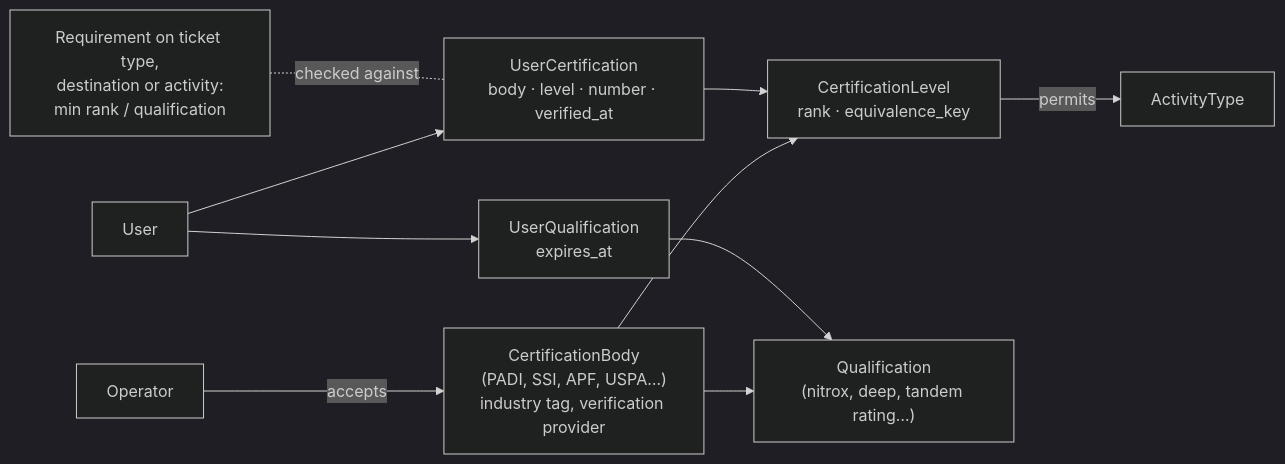
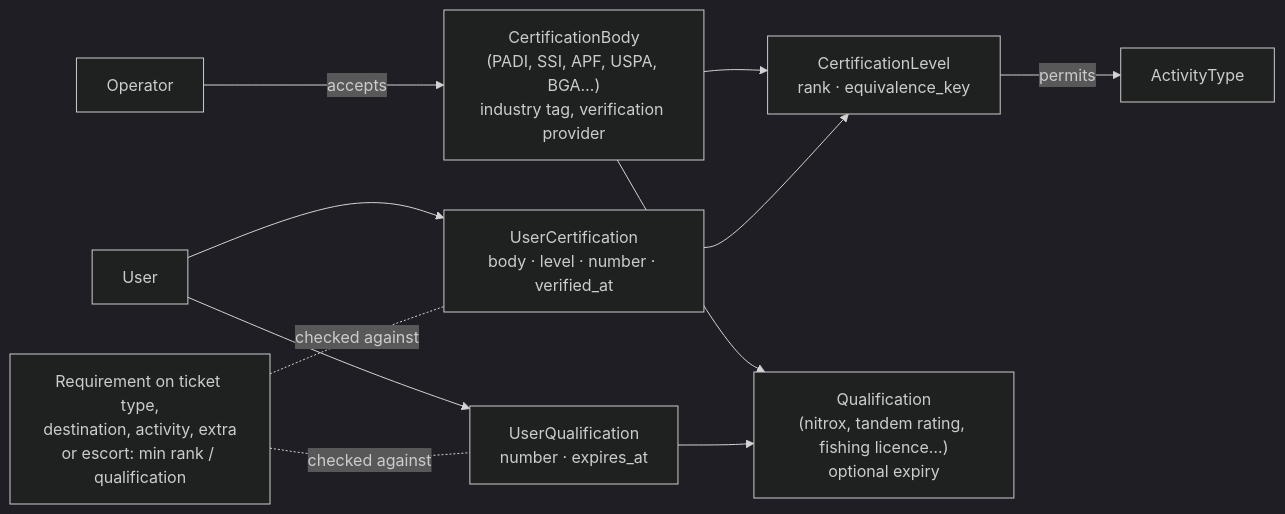
Before and after one commit to OpenManifest/openmanifest-server: the sixth of 10 diagrams in docs/reference/GENERALISATION.md, drawn with Mermaid (dark theme). The commit also changed other lines of this file and 1 other file, not shown here.

````diff
--- a/docs/reference/GENERALISATION.md
+++ b/docs/reference/GENERALISATION.md
@@ -390,10 +480,11 @@
 ```mermaid
 flowchart LR
-  B["CertificationBody<br/>(PADI, SSI, APF, USPA…)<br/>industry tag, verification provider"] --> L["CertificationLevel<br/>rank · equivalence_key"]
-  B --> Q["Qualification<br/>(nitrox, deep, tandem rating…)"]
+  B["CertificationBody<br/>(PADI, SSI, APF, USPA, BGA…)<br/>industry tag, verification provider"] --> L["CertificationLevel<br/>rank · equivalence_key"]
+  B --> Q["Qualification<br/>(nitrox, tandem rating, fishing licence…)<br/>optional expiry"]
   L -- "permits" --> A["ActivityType"]
   U["User"] --> UC["UserCertification<br/>body · level · number · verified_at"] --> L
-  U --> UQ["UserQualification<br/>expires_at"] --> Q
+  U --> UQ["UserQualification<br/>number · expires_at"] --> Q
   O["Operator"] -- "accepts" --> B
-  R["Requirement on ticket type,<br/>destination or activity:<br/>min rank / qualification"] -.checked against.- UC
+  R["Requirement on ticket type,<br/>destination, activity, extra<br/>or escort: min rank / qualification"] -.checked against.- UC
+  R -.checked against.- UQ
 ```
````
